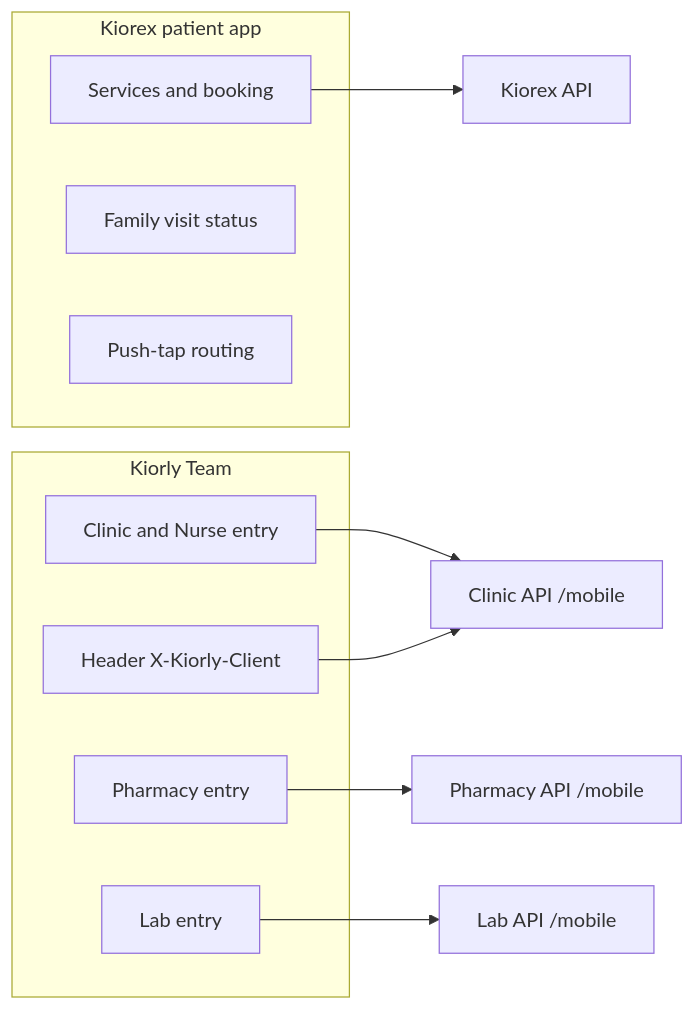
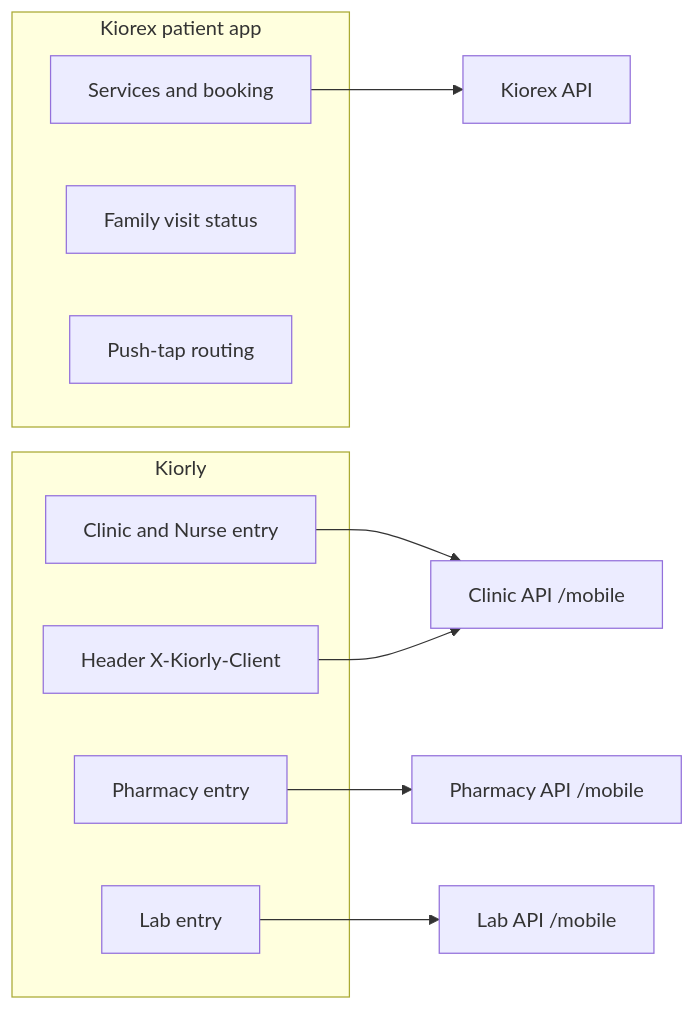
Before and after one commit to mshall/kiorex-workspace: diagram 12 of 13 in _docs/rev23/KX-26_System_Architecture_Reference.md, drawn with Mermaid. The commit also changed other lines of this file and 33 other files, not shown here.

First line of the commit message:
docs: staff app is finally named Kiorly (ADR-037) and country selectors hidden for the Egypt-only launch

````diff
--- a/_docs/rev23/KX-26_System_Architecture_Reference.md
+++ b/_docs/rev23/KX-26_System_Architecture_Reference.md
@@ -358,19 +358,19 @@
 ```mermaid
 flowchart LR
   subgraph PATAPP["Kiorex patient app"]
     P1["Services and booking"]
     P2["Family visit status"]
     P3["Push-tap routing"]
   end
-  subgraph STAFF["Kiorly Team"]
+  subgraph STAFF["Kiorly"]
     T1["Clinic and Nurse entry"]
     T2["Pharmacy entry"]
     T3["Lab entry"]
     T4["Header X-Kiorly-Client"]
   end
   P1 --> KAPI["Kiorex API"]
   T1 --> CAPI["Clinic API /mobile"]
   T2 --> PAPI["Pharmacy API /mobile"]
   T3 --> LAPI["Lab API /mobile"]
   T4 --> CAPI
 ```
````
